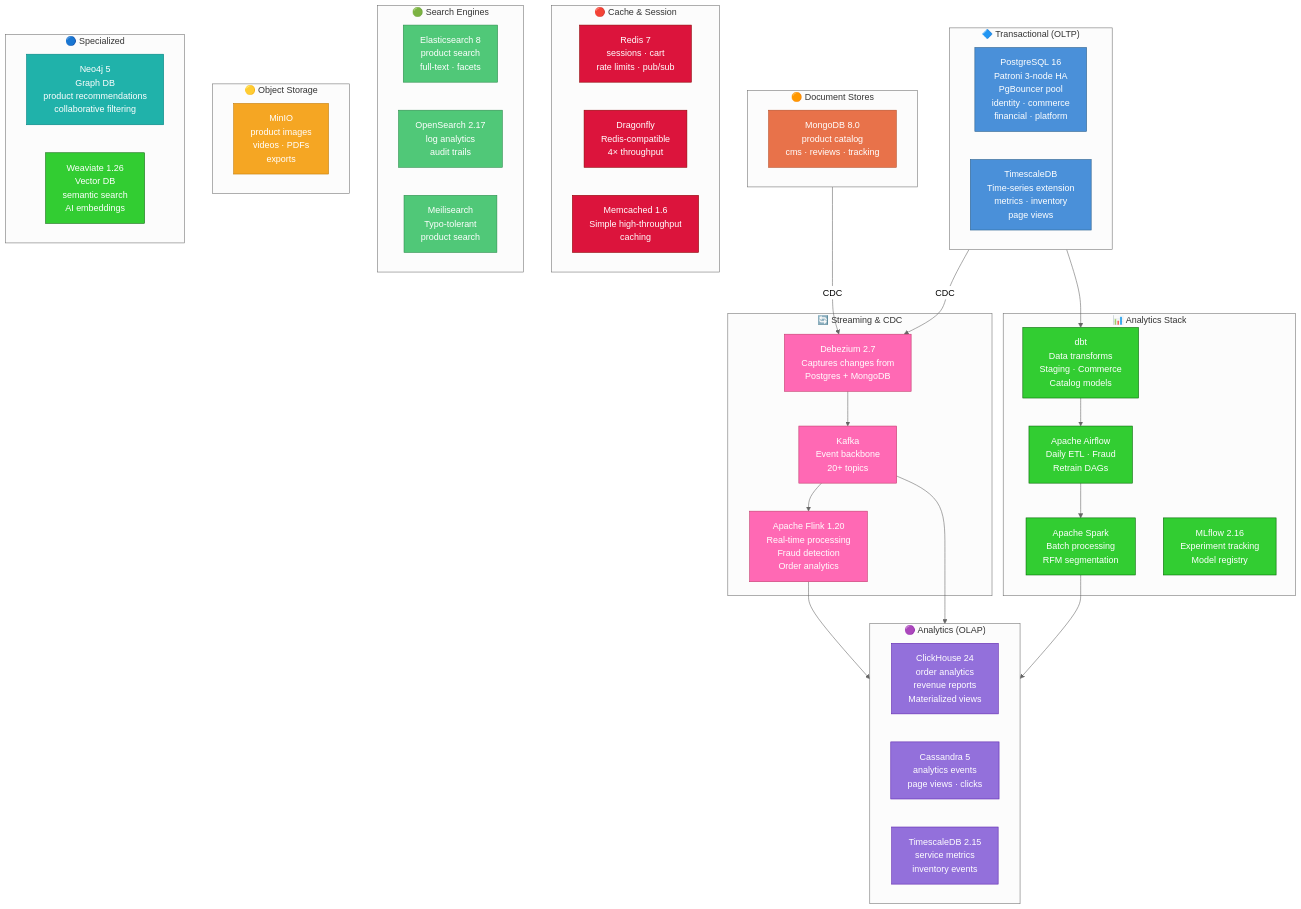
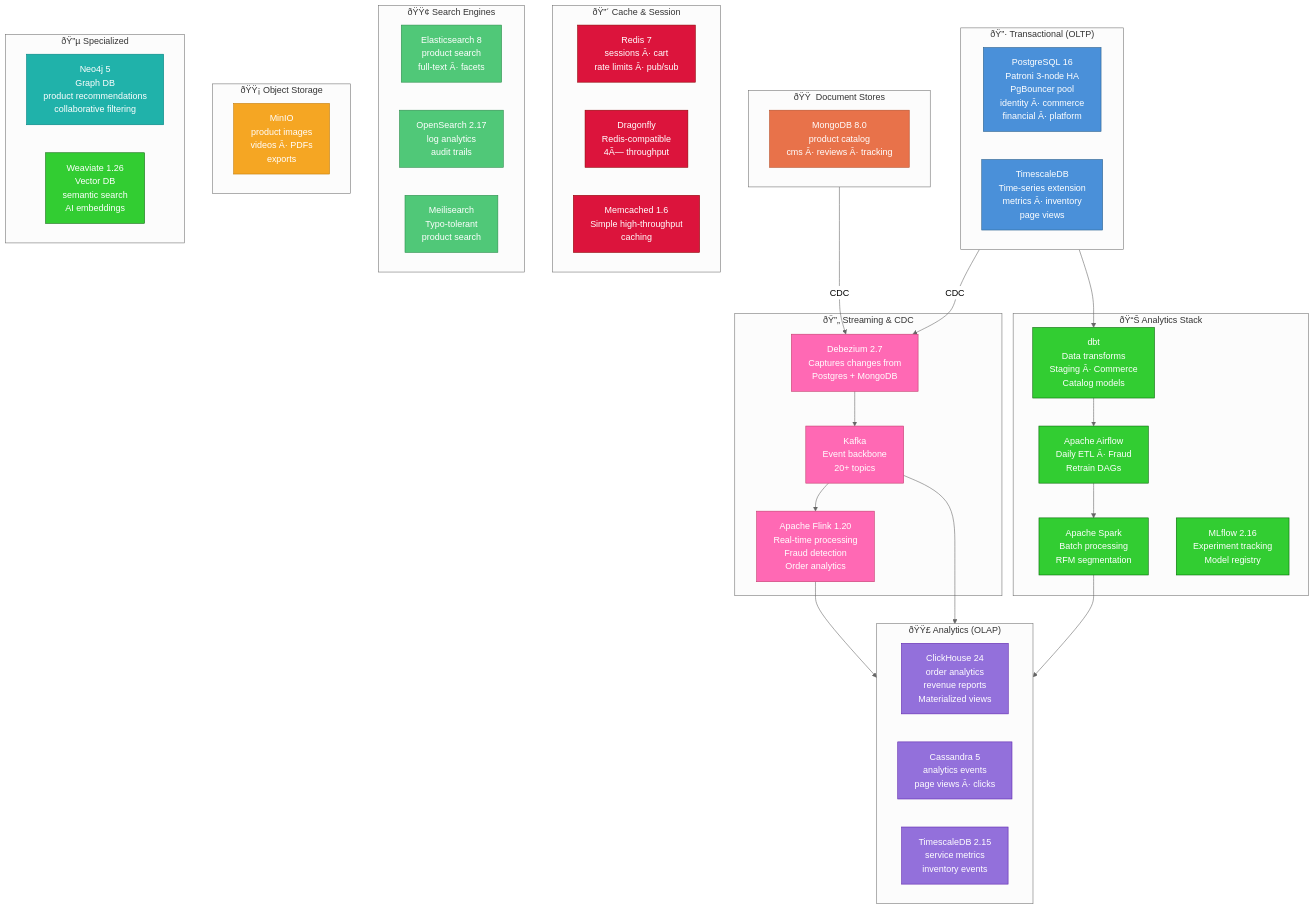
The fifth of 6 diagrams in docs/architecture/architecture-diagram.md (prabhat-roy/ShopOS), drawn with Mermaid (neutral theme) before and after one commit. The commit also changed other lines of this file and 403 other files, not shown here.

````diff
--- a/docs/architecture/architecture-diagram.md
+++ b/docs/architecture/architecture-diagram.md
@@ -416,72 +416,72 @@
 ```mermaid
 graph TB
     classDef oltp   fill:#4A90D9,stroke:#2C5F8A,color:#fff
     classDef doc    fill:#E8724A,stroke:#B54A22,color:#fff
     classDef cache  fill:#DC143C,stroke:#8B0000,color:#fff
     classDef search fill:#50C878,stroke:#2A8A4A,color:#fff
     classDef olap   fill:#9370DB,stroke:#5B20AB,color:#fff
     classDef obj    fill:#F5A623,stroke:#C07800,color:#fff
     classDef graphdb  fill:#20B2AA,stroke:#008080,color:#fff
     classDef stream fill:#FF69B4,stroke:#C0396A,color:#fff
     classDef ml     fill:#32CD32,stroke:#006400,color:#fff
 
-    subgraph OLTP["🔷  Transactional (OLTP)"]
-        PG["PostgreSQL 16\nPatroni 3-node HA\nPgBouncer pool\nidentity · commerce\nfinancial · platform"]:::oltp
-        TS["TimescaleDB\nTime-series extension\nmetrics · inventory\npage views"]:::oltp
+    subgraph OLTP["ðŸ”·  Transactional (OLTP)"]
+        PG["PostgreSQL 16\nPatroni 3-node HA\nPgBouncer pool\nidentity Â· commerce\nfinancial Â· platform"]:::oltp
+        TS["TimescaleDB\nTime-series extension\nmetrics Â· inventory\npage views"]:::oltp
     end
 
-    subgraph DOC["🟠  Document Stores"]
-        MONGO["MongoDB 8.0\nproduct catalog\ncms · reviews · tracking"]:::doc
+    subgraph DOC["ðŸŸ   Document Stores"]
+        MONGO["MongoDB 8.0\nproduct catalog\ncms Â· reviews Â· tracking"]:::doc
     end
 
-    subgraph CACHE["🔴  Cache & Session"]
-        REDIS["Redis 7\nsessions · cart\nrate limits · pub/sub"]:::cache
-        DRAG["Dragonfly\nRedis-compatible\n4× throughput"]:::cache
+    subgraph CACHE["ðŸ”´  Cache & Session"]
+        REDIS["Redis 7\nsessions Â· cart\nrate limits Â· pub/sub"]:::cache
+        DRAG["Dragonfly\nRedis-compatible\n4Ã— throughput"]:::cache
         MEM["Memcached 1.6\nSimple high-throughput\ncaching"]:::cache
     end
 
-    subgraph SEARCH["🟢  Search Engines"]
-        ES["Elasticsearch 8\nproduct search\nfull-text · facets"]:::search
+    subgraph SEARCH["ðŸŸ¢  Search Engines"]
+        ES["Elasticsearch 8\nproduct search\nfull-text Â· facets"]:::search
         OS["OpenSearch 2.17\nlog analytics\naudit trails"]:::search
         MEILI["Meilisearch\nTypo-tolerant\nproduct search"]:::search
     end
 
-    subgraph OLAP["🟣  Analytics (OLAP)"]
+    subgraph OLAP["ðŸŸ£  Analytics (OLAP)"]
         CH["ClickHouse 24\norder analytics\nrevenue reports\nMaterialized views"]:::olap
-        CASS["Cassandra 5\nanalytics events\npage views · clicks"]:::olap
+        CASS["Cassandra 5\nanalytics events\npage views Â· clicks"]:::olap
         TSDB["TimescaleDB 2.15\nservice metrics\ninventory events"]:::olap
     end
 
-    subgraph OBJ["🟡  Object Storage"]
-        MINIO["MinIO\nproduct images\nvideos · PDFs\nexports"]:::obj
+    subgraph OBJ["ðŸŸ¡  Object Storage"]
+        MINIO["MinIO\nproduct images\nvideos Â· PDFs\nexports"]:::obj
     end
 
-    subgraph GRAPH["🔵  Specialized"]
+    subgraph GRAPH["ðŸ”µ  Specialized"]
         NEO["Neo4j 5\nGraph DB\nproduct recommendations\ncollaborative filtering"]:::graphdb
         WEAV["Weaviate 1.26\nVector DB\nsemantic search\nAI embeddings"]:::ml
     end
 
-    subgraph STREAM["🔄  Streaming & CDC"]
+    subgraph STREAM["ðŸ”„  Streaming & CDC"]
         DBZ["Debezium 2.7\nCaptures changes from\nPostgres + MongoDB"]:::stream
         FLINK["Apache Flink 1.20\nReal-time processing\nFraud detection\nOrder analytics"]:::stream
         KAFKA["Kafka\nEvent backbone\n20+ topics"]:::stream
     end
 
-    subgraph ANALYTICS["📊  Analytics Stack"]
-        DBT["dbt\nData transforms\nStaging · Commerce\nCatalog models"]:::ml
-        AIRFLOW["Apache Airflow\nDaily ETL · Fraud\nRetrain DAGs"]:::ml
+    subgraph ANALYTICS["ðŸ“Š  Analytics Stack"]
+        DBT["dbt\nData transforms\nStaging Â· Commerce\nCatalog models"]:::ml
+        AIRFLOW["Apache Airflow\nDaily ETL Â· Fraud\nRetrain DAGs"]:::ml
         SPARK["Apache Spark\nBatch processing\nRFM segmentation"]:::ml
         MLFLOW["MLflow 2.16\nExperiment tracking\nModel registry"]:::ml
     end
 
     OLTP  -->|"CDC"| DBZ
     DOC   -->|"CDC"| DBZ
     DBZ   --> KAFKA
     KAFKA --> FLINK
     KAFKA --> OLAP
     FLINK --> OLAP
     OLTP  --> DBT
     DBT   --> AIRFLOW
     AIRFLOW --> SPARK
     SPARK --> OLAP
 ```
````
